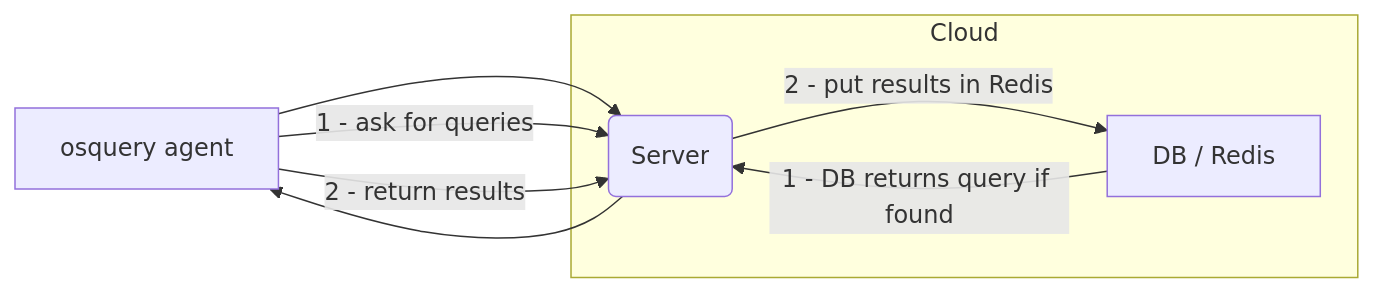
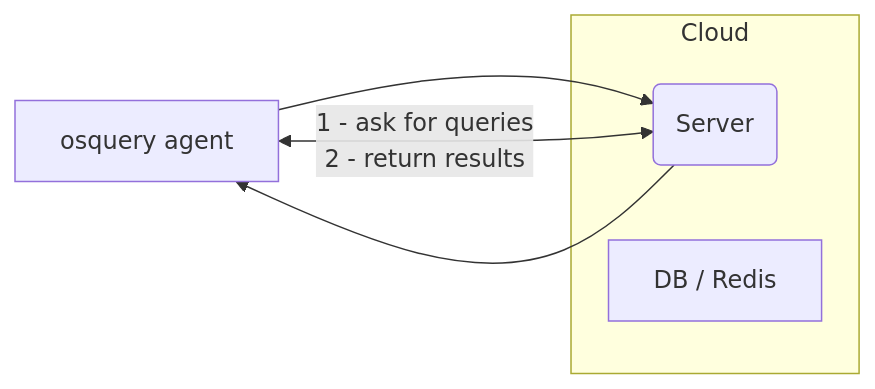
The third of 3 diagrams in docs/Contributing/high-level-architecture.md (fleetdm/fleet), drawn with Mermaid before and after one commit.

````diff
--- a/docs/Contributing/high-level-architecture.md
+++ b/docs/Contributing/high-level-architecture.md
@@ -90,18 +90,16 @@
 ```mermaid
 graph LR;
     osquery[osquery agent];
 
     subgraph Cloud
         server(Server);
         dbredis[DB / Redis];
     end
 
     osquery --> server;
     server --> osquery;
 
-    osquery -- "1 - ask for queries" --> server;
-    osquery -- "2 - return results" --> server;
-    dbredis -- "1 - DB returns query if found" --> server;
-    server -- "2 - put results in Redis" --> dbredis;
+    osquery <-- 1 - ask for queries<br>2 - return results --> server;
+
 
 ```
````
